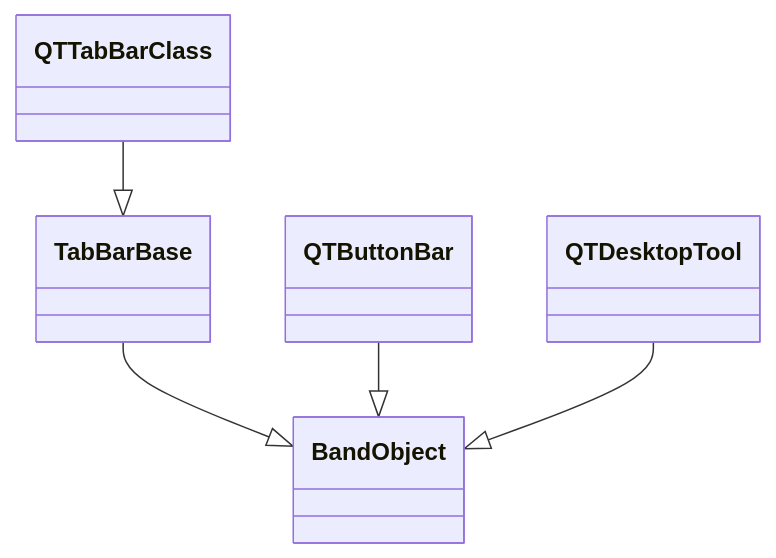
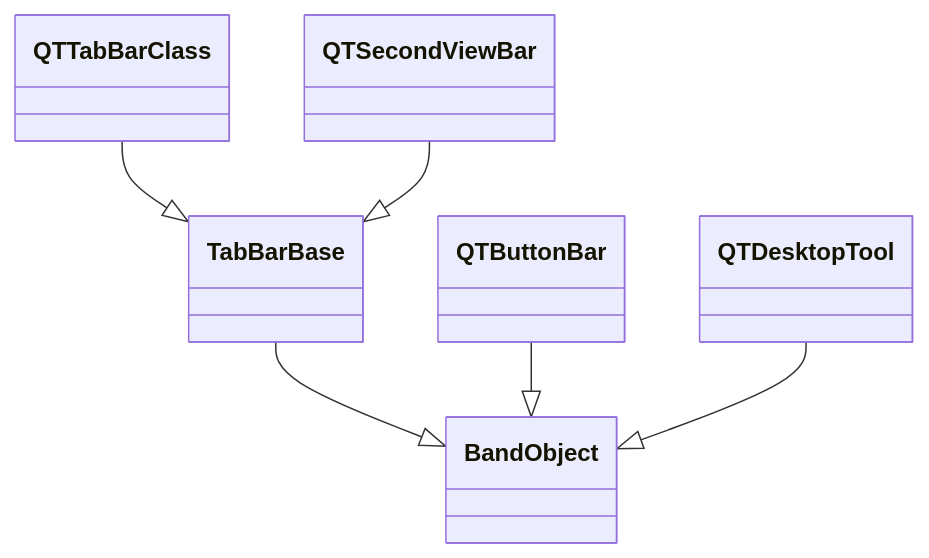
Before and after one commit to rainiva/QTTabBar-Next: the fourth of 7 diagrams in .qoder/repowiki/zh/content/架构设计/Shell 扩展集成.md, drawn with Mermaid. The commit also changed other lines of this file and 415 other files, not shown here.

````diff
--- a/.qoder/repowiki/zh/content/架构设计/Shell 扩展集成.md
+++ b/.qoder/repowiki/zh/content/架构设计/Shell 扩展集成.md
@@ -226,12 +248,14 @@
 ```mermaid
 classDiagram
 class BandObject
 class TabBarBase
 class QTTabBarClass
 class QTButtonBar
 class QTDesktopTool
+class QTSecondViewBar
 TabBarBase --|> BandObject
 QTTabBarClass --|> TabBarBase
 QTButtonBar --|> BandObject
 QTDesktopTool --|> BandObject
+QTSecondViewBar --|> TabBarBase
 ```
````
